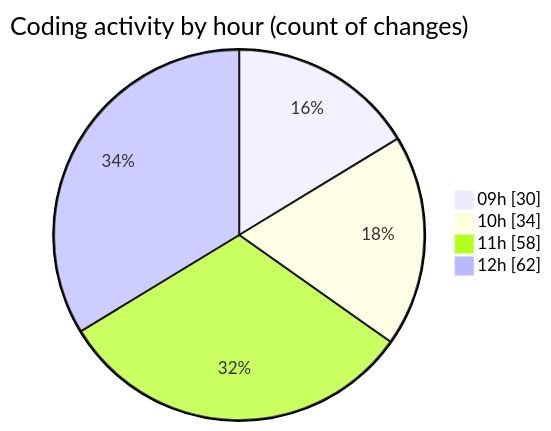
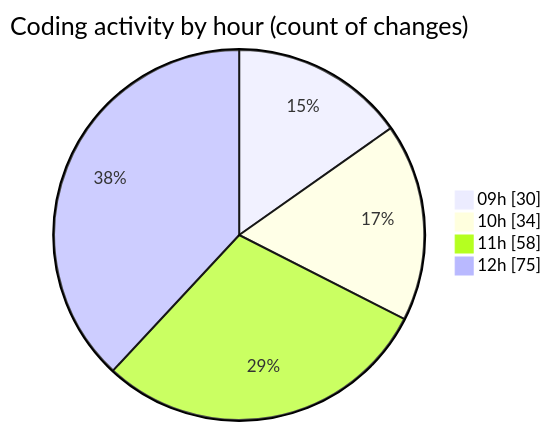
One commit to momahboobian/code-tracking changed the second of 2 diagrams in 2025-04-02/cda/README.md. Above: the diagram before and after it, drawn with Mermaid. The commit also changed other lines of this file and 1 other file, not shown here.

````diff
--- a/2025-04-02/cda/README.md
+++ b/2025-04-02/cda/README.md
@@ -36,8 +36,8 @@
 ```mermaid
 pie showData
 title Coding activity by hour (count of changes)
 "09h" : 30
 "10h" : 34
 "11h" : 58
-"12h" : 62
+"12h" : 75
 ```
````
